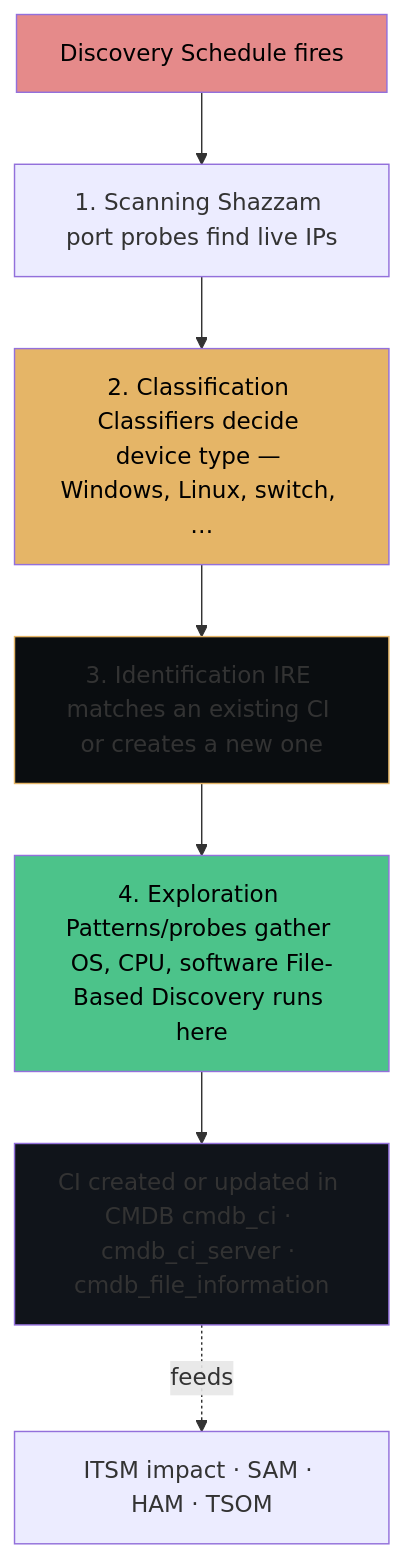
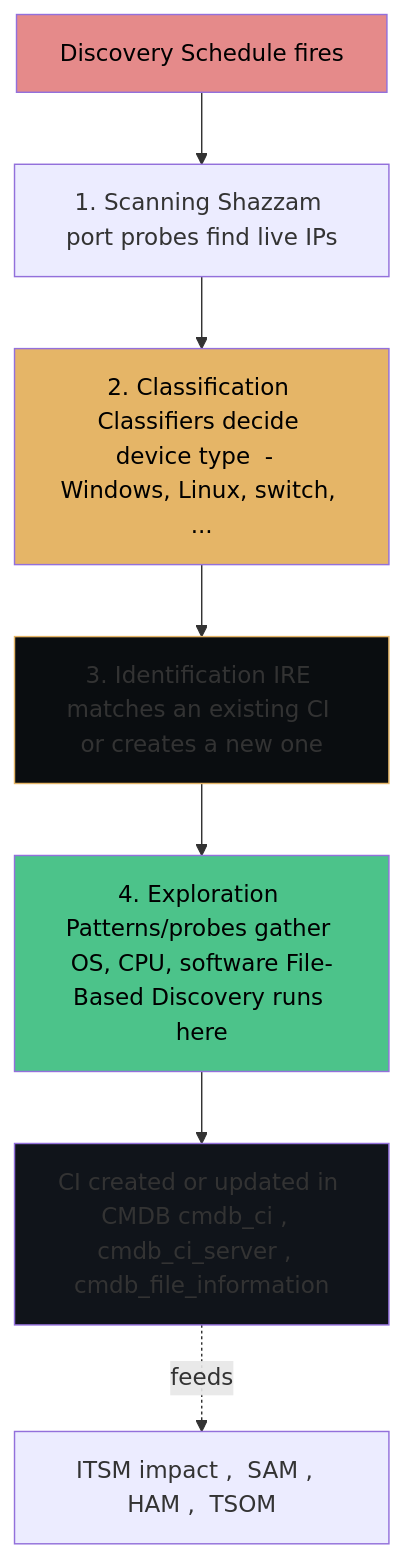
Before and after one commit to eltonaguiar/ServiceNow_Learning_TSOM-_CSM_FSM_SalesCRM_HAM_ITSM: the second of 5 diagrams in docs/modules/discovery/discovery-guide.backup-2026-11-24.md, drawn with Mermaid. The commit also changed other lines of this file and 10 other files, not shown here.

First line of the commit message:
Fix Mermaid diagram unicode characters causing syntax errors

````diff
--- a/docs/modules/discovery/discovery-guide.backup-2026-11-24.md
+++ b/docs/modules/discovery/discovery-guide.backup-2026-11-24.md
@@ -291,17 +291,17 @@
 ```mermaid
 flowchart TD
     Start[Discovery Schedule fires] --> Scan[1. Scanning Shazzam port probes find live IPs]
-    Scan --> Classify[2. Classification Classifiers decide device type — Windows, Linux, switch, …]
+    Scan --> Classify[2. Classification Classifiers decide device type  -  Windows, Linux, switch, ...]
     Classify --> Identify[3. Identification IRE matches an existing CI or creates a new one]
     Identify --> Explore[4. Exploration Patterns/probes gather OS, CPU, software File-Based Discovery runs here]
-    Explore --> CI[CI created or updated in CMDB cmdb_ci · cmdb_ci_server · cmdb_file_information]
-    CI -.->|feeds| Downstream[ITSM impact · SAM · HAM · TSOM]
+    Explore --> CI[CI created or updated in CMDB cmdb_ci ,  cmdb_ci_server ,  cmdb_file_information]
+    CI -.->|feeds| Downstream[ITSM impact ,  SAM ,  HAM ,  TSOM]
 
     style Start fill:#e58a8a,color:#000
     style Classify fill:#e5b567,color:#000
     style Identify fill:#0a0d10,stroke:#e5b567
     style Explore fill:#4cc38a,color:#000
     style CI fill:#10141a
 
 
 ```
````
